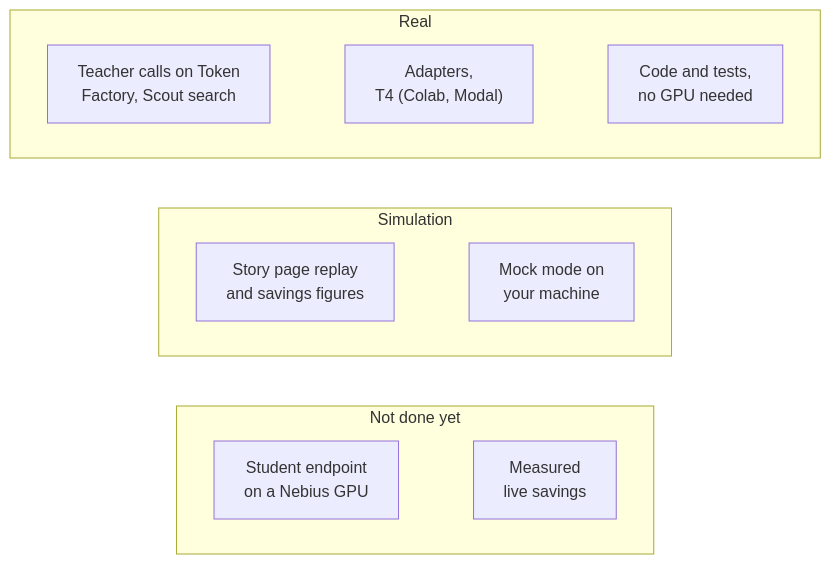
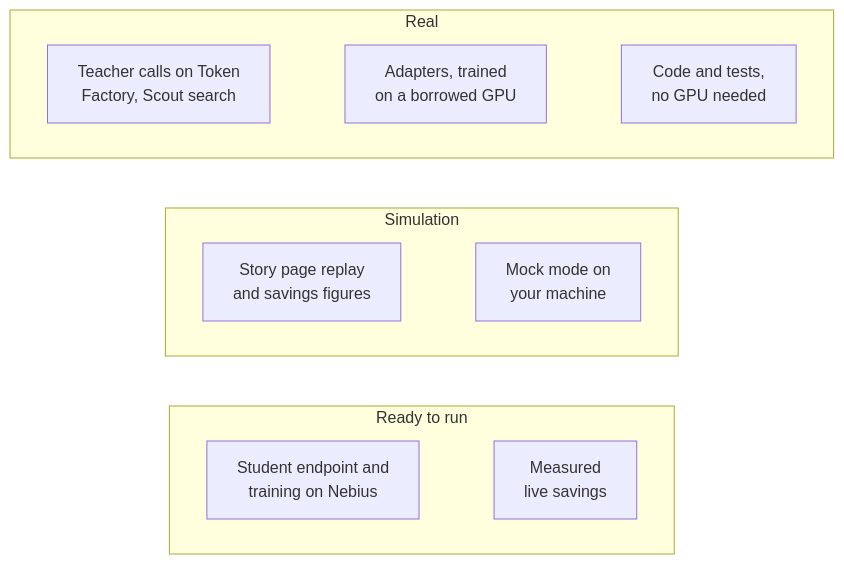
Before and after one commit to harshbhx/ratchet: the second of 2 diagrams in docs-site/src/content/docs/guides/for-judges.mdx, drawn with Mermaid. The commit also changed other lines of this file and 112 other files, not shown here.

````diff
--- a/docs-site/src/content/docs/guides/for-judges.mdx
+++ b/docs-site/src/content/docs/guides/for-judges.mdx
@@ -64,22 +64,22 @@
 ```mermaid
 flowchart TB
   subgraph Real["Real"]
     direction LR
-    R1["Teacher calls on Token<br/>Factory, Scout search"] ~~~ R3["Adapters,<br/>T4 (Colab, Modal)"] ~~~ R4["Code and tests,<br/>no GPU needed"]
+    R1["Teacher calls on Token<br/>Factory, Scout search"] ~~~ R3["Adapters, trained<br/>on a borrowed GPU"] ~~~ R4["Code and tests,<br/>no GPU needed"]
   end
   subgraph Sim["Simulation"]
     direction LR
     S1["Story page replay<br/>and savings figures"] ~~~ S2["Mock mode on<br/>your machine"]
   end
-  subgraph Not["Not done yet"]
+  subgraph Not["Ready to run"]
     direction LR
-    N1["Student endpoint<br/>on a Nebius GPU"] ~~~ N2["Measured<br/>live savings"]
+    N1["Student endpoint and<br/>training on Nebius"] ~~~ N2["Measured<br/>live savings"]
   end
   Real ~~~ Sim ~~~ Not
   class R1,R3,R4 ok
   class S1,S2 outline
   class N1,N2 pending
   class Real okZone
   class Sim outlineZone
   class Not pendingZone
 ```
````
